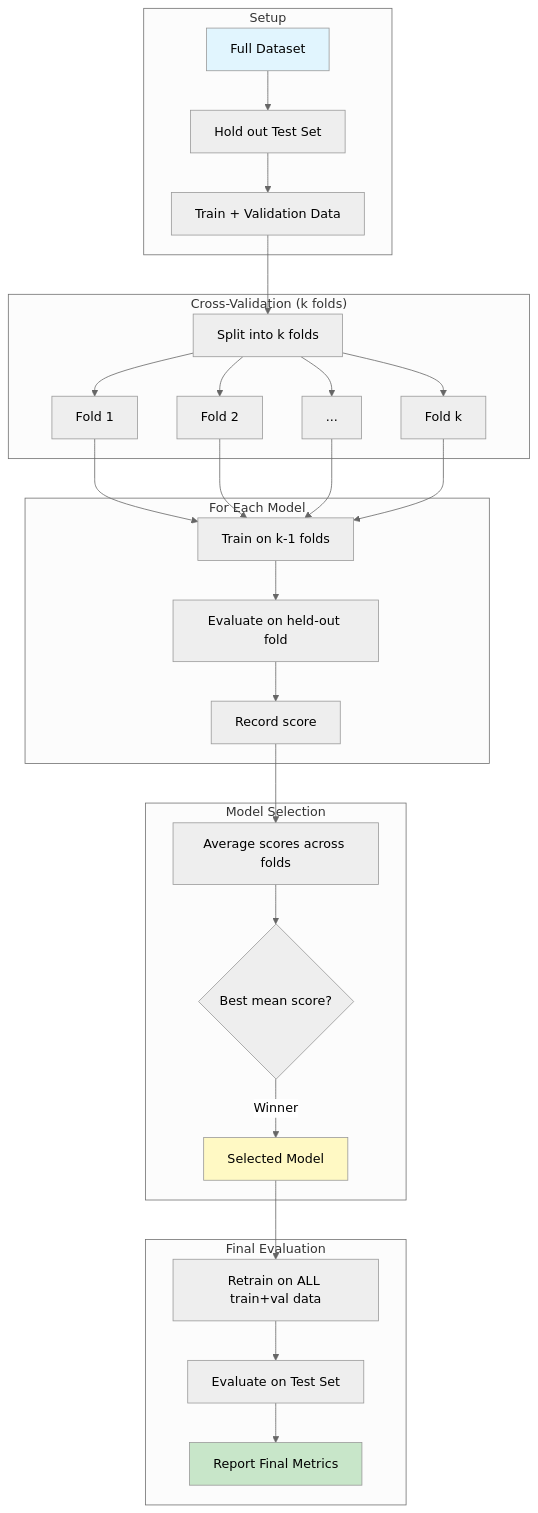
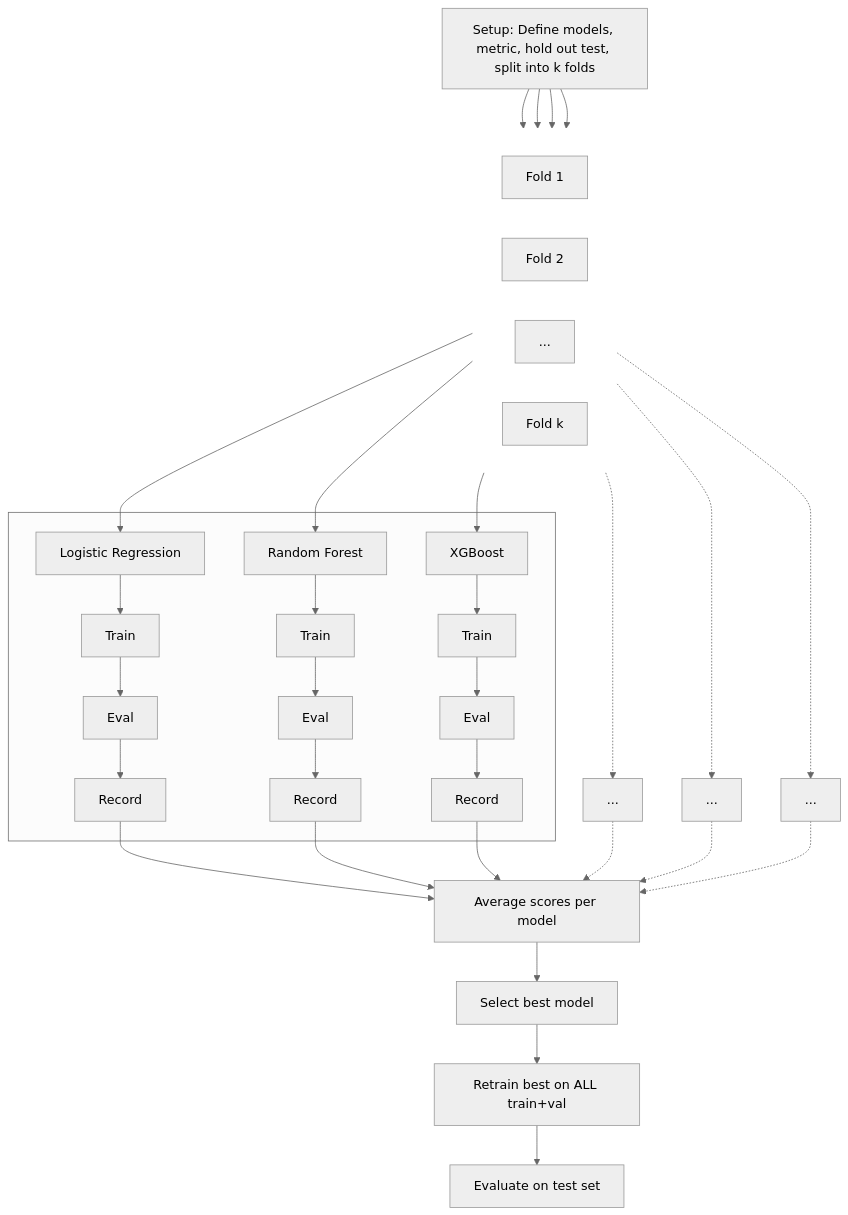
Before and after one commit to oscar-peng/datasci_223: the diagram in lectures/05/lecture_05.md, drawn with Mermaid (neutral theme). The commit also changed 1 other file, not shown here.

Commit message:
lecture 05

````diff
--- a/lectures/05/lecture_05.md
+++ b/lectures/05/lecture_05.md
@@ -339,37 +339,34 @@
 ```mermaid
-flowchart TD
-    subgraph Setup
-        A[Full Dataset] --> B[Hold out Test Set]
-        B --> C[Train + Validation Data]
+flowchart TB
+    A[Setup: Define models, metric, hold out test, split into k folds]
+
+    A --> F1 & F2 & Fdots & Fk
+
+    subgraph FoldRow[" "]
+        direction LR
+        F1[Fold 1]
+        F2[Fold 2]
+        Fdots[...]
+        Fk[Fold k]
     end
 
-    subgraph CV["Cross-Validation (k folds)"]
-        C --> D[Split into k folds]
-        D --> E[Fold 1]
-        D --> F[Fold 2]
-        D --> G[...]
-        D --> H[Fold k]
+    F1 --> LR & RF & XGB
+
+    subgraph Fold1Box[" "]
+        LR[Logistic Regression] --> LR1[Train] --> LR2[Eval] --> LR3[Record]
+        RF[Random Forest] --> RF1[Train] --> RF2[Eval] --> RF3[Record]
+        XGB[XGBoost] --> XGB1[Train] --> XGB2[Eval] --> XGB3[Record]
     end
 
-    subgraph Models["For Each Model"]
-        E & F & G & H --> I[Train on k-1 folds]
-        I --> J[Evaluate on held-out fold]
-        J --> K[Record score]
-    end
+    F2 -.-> R2[...]
+    Fdots -.-> Rdots[...]
+    Fk -.-> Rk[...]
 
-    subgraph Select["Model Selection"]
-        K --> L[Average scores across folds]
-        L --> M{Best mean score?}
-        M -->|Winner| N[Selected Model]
-    end
+    LR3 & RF3 & XGB3 --> Avg[Average scores per model]
+    R2 & Rdots & Rk -.-> Avg
+    Avg --> Select[Select best model]
+    Select --> Retrain[Retrain best on ALL train+val]
+    Retrain --> Final[Evaluate on test set]
 
-    subgraph Final["Final Evaluation"]
-        N --> O[Retrain on ALL train+val data]
-        O --> P[Evaluate on Test Set]
-        P --> Q[Report Final Metrics]
-    end
-
-    style A fill:#e1f5fe
-    style Q fill:#c8e6c9
-    style N fill:#fff9c4
+    style FoldRow fill:none,stroke:none
 ```
````
